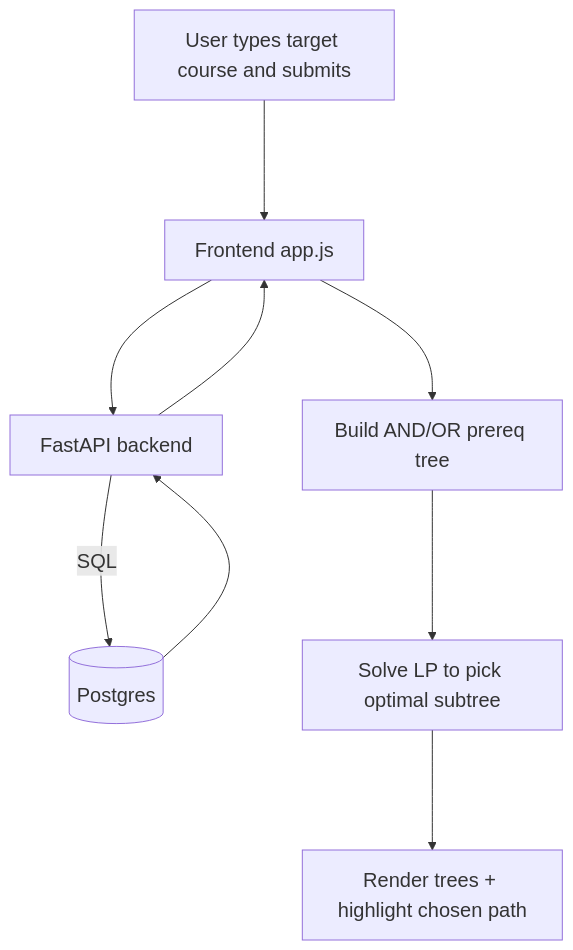
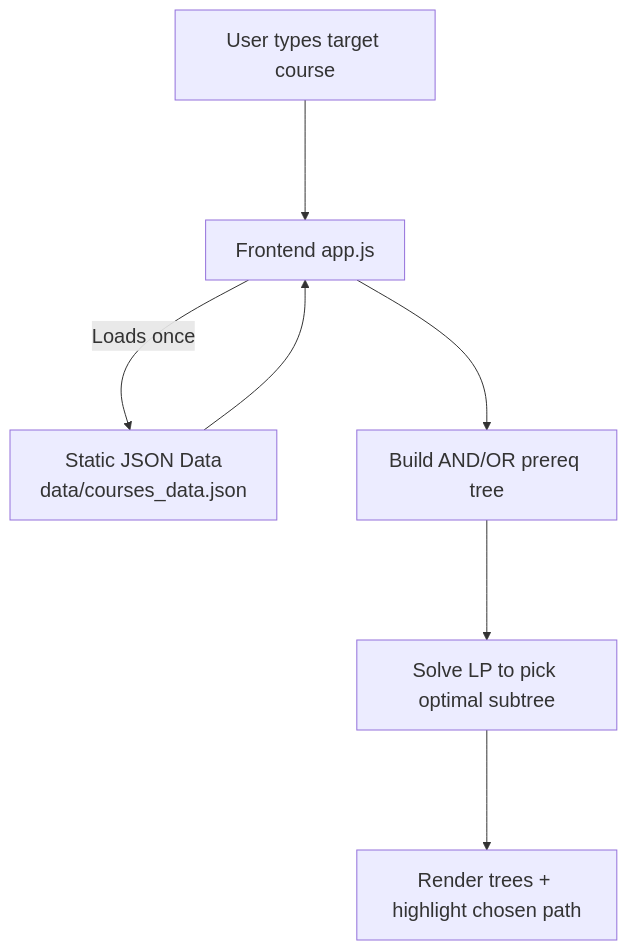
Before and after one commit to StevenShi998/UW_Course_SearchTree: the first of 2 diagrams in README.md, drawn with Mermaid. The commit also changed other lines of this file and 9 other files, not shown here.

First line of the commit message:
Migrate to static architecture - 10-100x performance improvement

````diff
--- a/README.md
+++ b/README.md
@@ -11,12 +13,10 @@
 ```mermaid
 %%{init: {'flowchart': {'nodeSpacing': 80, 'rankSpacing': 120}, 'themeVariables': {'fontSize': '20px'}}}%%
 flowchart TB
-  U[User types target course and submits] --> F[Frontend app.js]
-  F --> A[FastAPI backend]
-  A -->|SQL| DB[(Postgres)]
-  DB --> A
-  A --> F
+  U[User types target course] --> F[Frontend app.js]
+  F -->|Loads once| D[Static JSON Data<br/>data/courses_data.json]
+  D --> F
   F --> T[Build AND/OR prereq tree]
   T --> LP[Solve LP to pick optimal subtree]
   LP --> R[Render trees + highlight chosen path]
 ```
````
